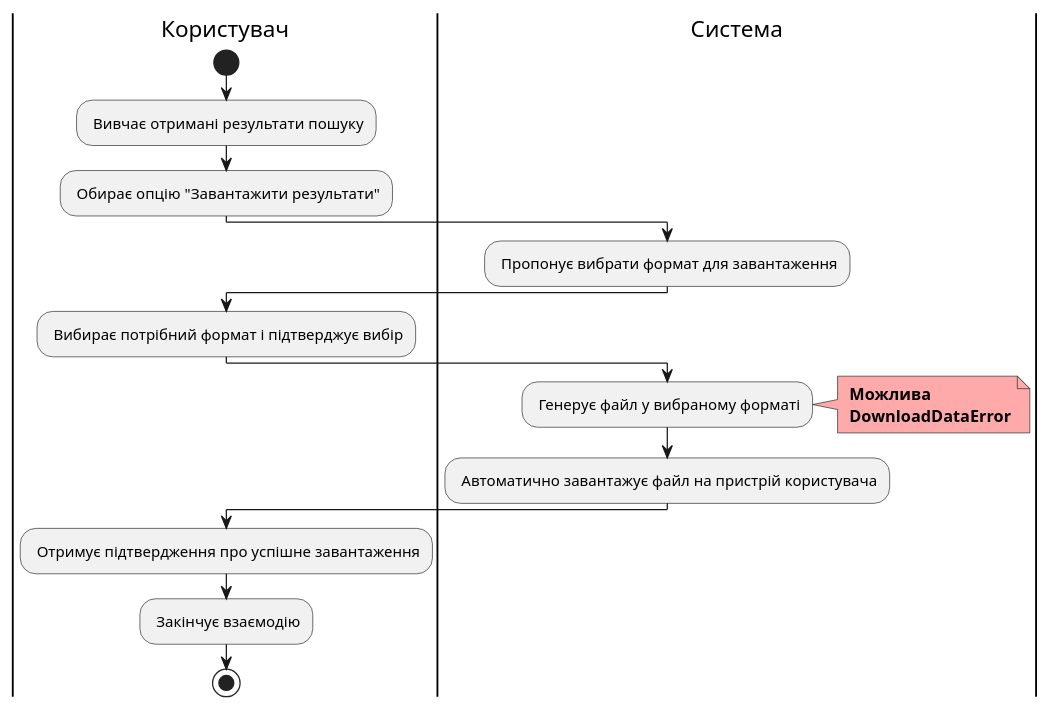
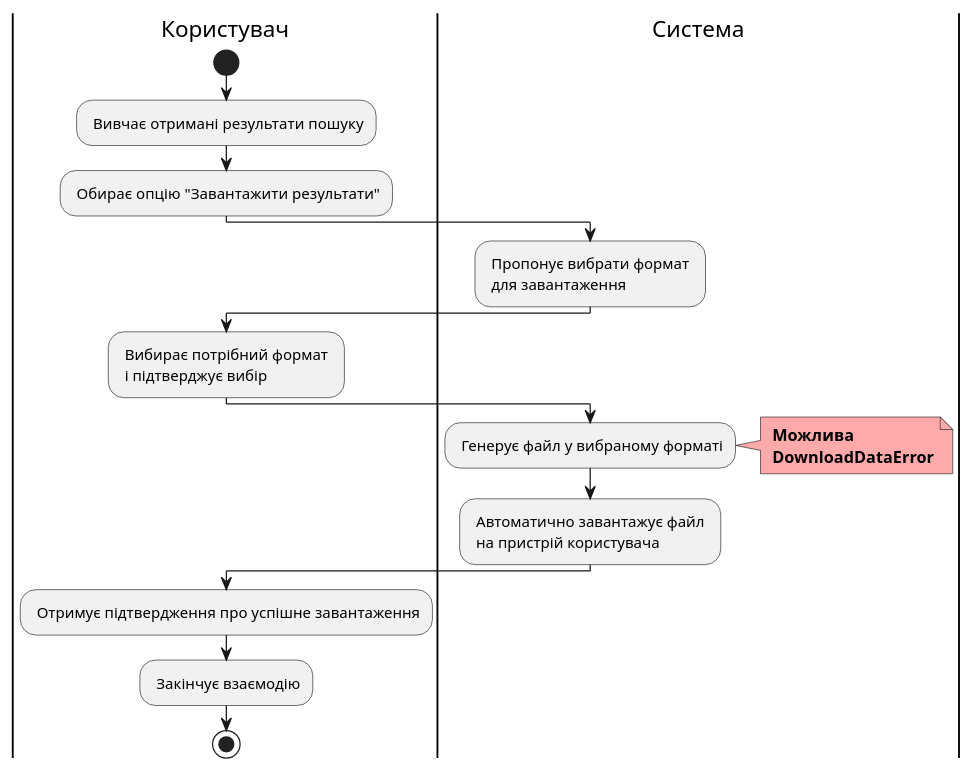
Before and after one commit to edu-db/edu_db_labs: diagram 11 of 23 in docs/use cases/README.md, drawn with PlantUML. The commit also changed other lines of this file and 1 other file, not shown here.

```diff
--- a/docs/use cases/README.md
+++ b/docs/use cases/README.md
@@ -401,32 +404,32 @@
 @startuml
 
     |Користувач|
     start;
     : Вивчає отримані результати пошуку;
 
     |Користувач|
     : Обирає опцію "Завантажити результати";
 
     |Система|
-    : Пропонує вибрати формат для завантаження;
+    : Пропонує вибрати формат \n для завантаження;
 
     |Користувач|
-    : Вибирає потрібний формат і підтверджує вибір;
+    : Вибирає потрібний формат \n і підтверджує вибір;
 
     |Система|
     : Генерує файл у вибраному форматі;
     note right #ffaaaa
     <b> Можлива
     <b> DownloadDataError
     end note
 
-    : Автоматично завантажує файл на пристрій користувача;
+    : Автоматично завантажує файл \n на пристрій користувача;
 
     |Користувач|
     : Отримує підтвердження про успішне завантаження;
 
     |Користувач|
     : Закінчує взаємодію;
     stop;
 
 @enduml
```
